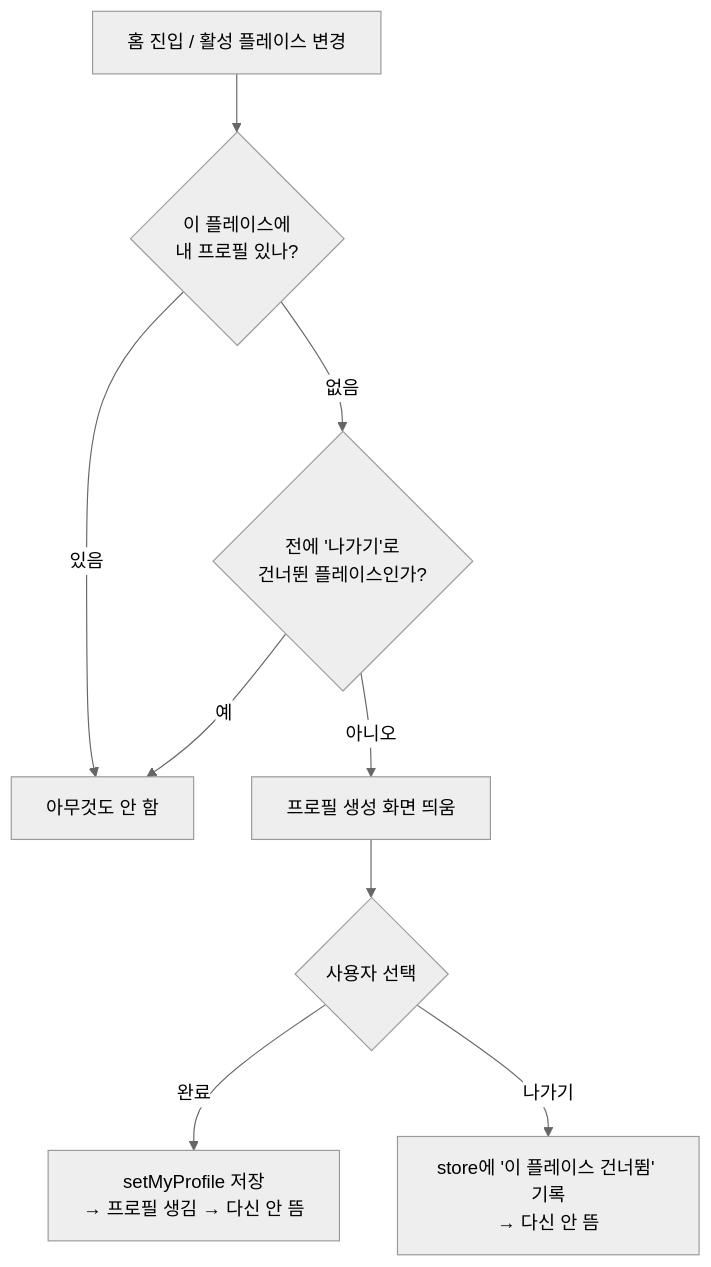
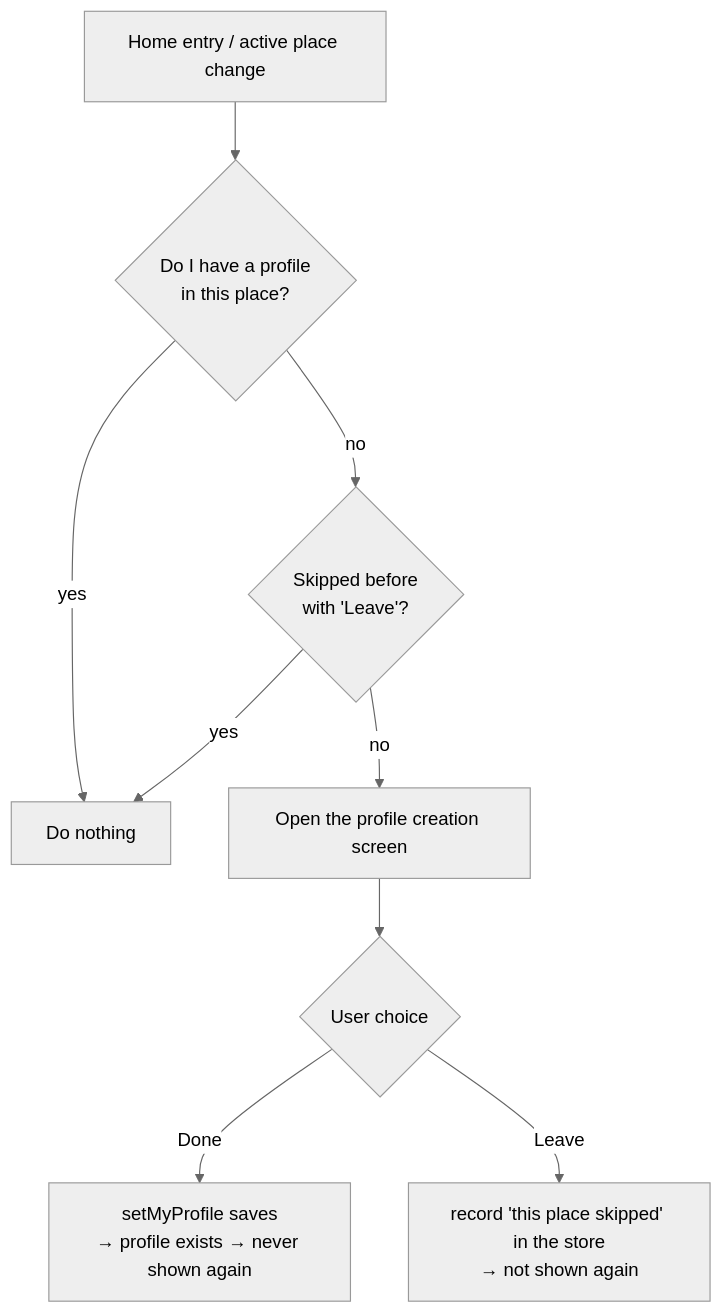
One commit to lemoncloud-io/dou-app changed the first of 2 diagrams in docs/adr/0012-place-profile-creation.md. Above: the diagram before and after it, drawn with Mermaid (neutral theme). The commit also changed other lines of this file and 13 other files, not shown here.

````diff
--- a/docs/adr/0012-place-profile-creation.md
+++ b/docs/adr/0012-place-profile-creation.md
@@ -63,11 +75,11 @@
 ```mermaid
 flowchart TD
-    A[홈 진입 / 활성 플레이스 변경] --> B{이 플레이스에<br/>내 프로필 있나?}
-    B -- 있음 --> Z[아무것도 안 함]
-    B -- 없음 --> C{전에 '나가기'로<br/>건너뛴 플레이스인가?}
-    C -- 예 --> Z
-    C -- 아니오 --> D[프로필 생성 화면 띄움]
-    D --> E{사용자 선택}
-    E -- 완료 --> F[setMyProfile 저장<br/>→ 프로필 생김 → 다신 안 뜸]
-    E -- 나가기 --> G[store에 '이 플레이스 건너뜀' 기록<br/>→ 다신 안 뜸]
+    A[Home entry / active place change] --> B{Do I have a profile<br/>in this place?}
+    B -- yes --> Z[Do nothing]
+    B -- no --> C{Skipped before<br/>with 'Leave'?}
+    C -- yes --> Z
+    C -- no --> D[Open the profile creation screen]
+    D --> E{User choice}
+    E -- Done --> F[setMyProfile saves<br/>→ profile exists → never shown again]
+    E -- Leave --> G[record 'this place skipped' in the store<br/>→ not shown again]
 ```
````
